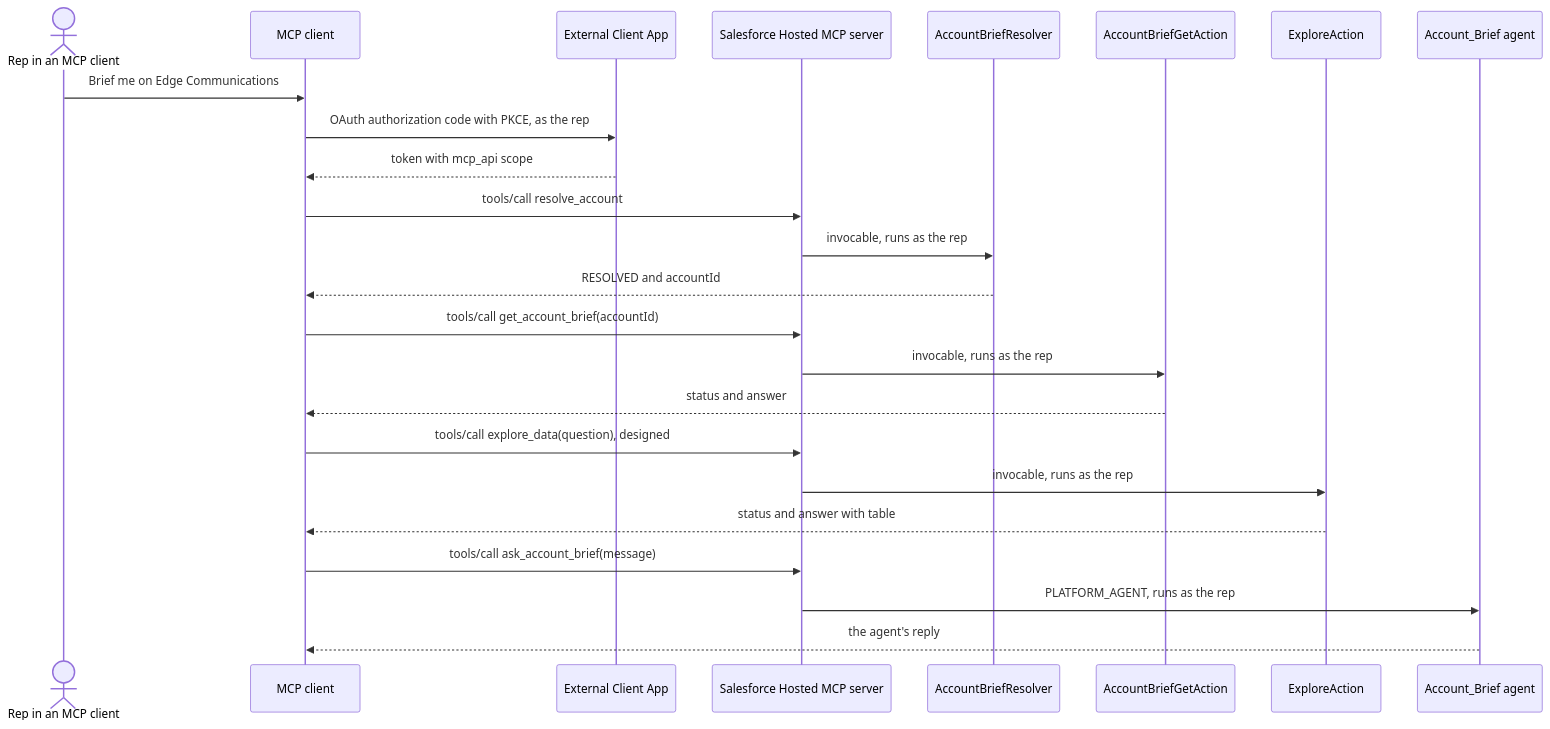
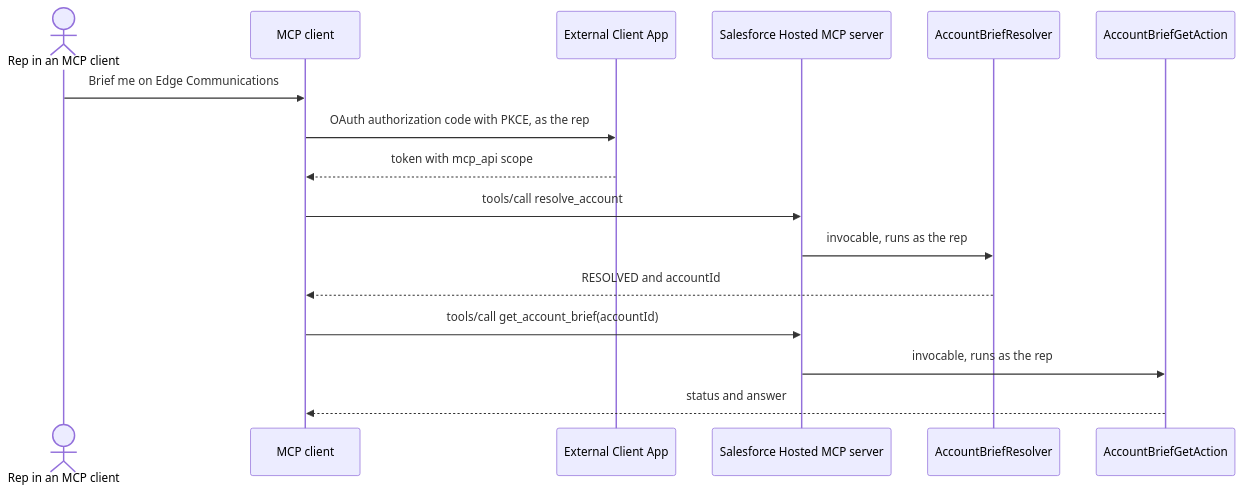
One commit to nelsben/generic-agent changed the diagram in docs/patterns/09-outside-door-mcp.md. Above: the diagram before and after it, drawn with Mermaid. The commit also changed other lines of this file and 7 other files, not shown here.

````diff
--- a/docs/patterns/09-outside-door-mcp.md
+++ b/docs/patterns/09-outside-door-mcp.md
@@ -22,26 +22,18 @@
 ```mermaid
 sequenceDiagram
     actor U as Rep in an MCP client
     participant CL as MCP client
     participant ECA as External Client App
     participant MCP as Salesforce Hosted MCP server
     participant RA as AccountBriefResolver
     participant GA as AccountBriefGetAction
-    participant EA as ExploreAction
-    participant AG as Account_Brief agent
     U->>CL: Brief me on Edge Communications
     CL->>ECA: OAuth authorization code with PKCE, as the rep
     ECA-->>CL: token with mcp_api scope
     CL->>MCP: tools/call resolve_account
     MCP->>RA: invocable, runs as the rep
     RA-->>CL: RESOLVED and accountId
     CL->>MCP: tools/call get_account_brief(accountId)
     MCP->>GA: invocable, runs as the rep
     GA-->>CL: status and answer
-    CL->>MCP: tools/call explore_data(question), designed
-    MCP->>EA: invocable, runs as the rep
-    EA-->>CL: status and answer with table
-    CL->>MCP: tools/call ask_account_brief(message)
-    MCP->>AG: PLATFORM_AGENT, runs as the rep
-    AG-->>CL: the agent's reply
 ```
````
